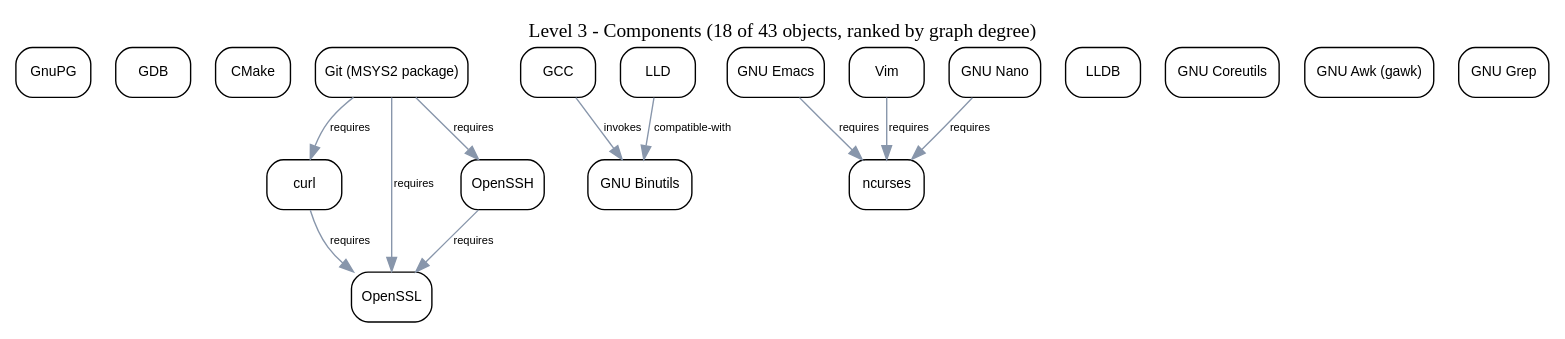
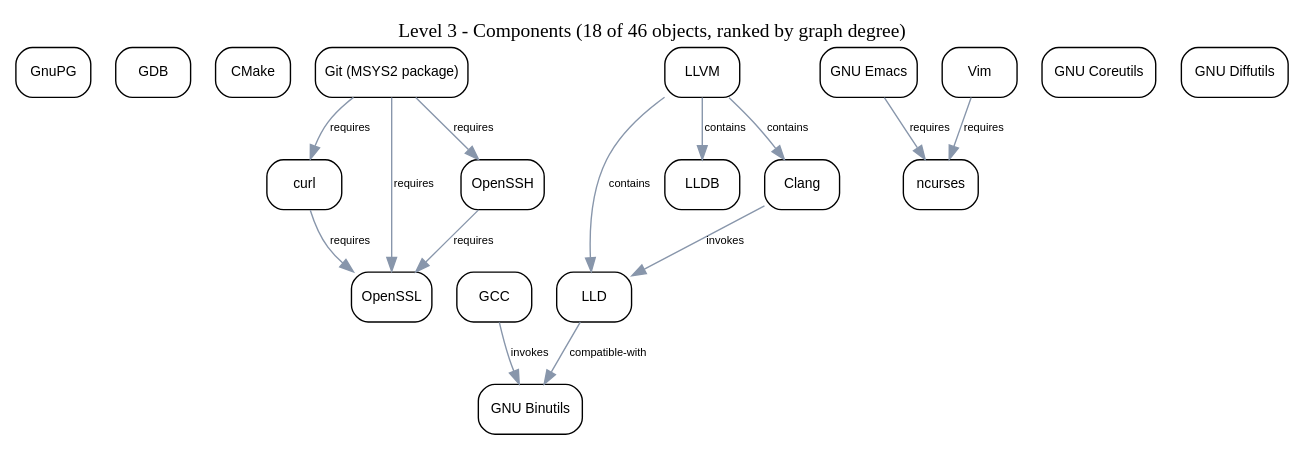
One commit to baileyrd/AKB changed the diagram in diagrams/level-3.dot. Above: the diagram before and after it, drawn with Graphviz. The commit also changed 29 other files, not shown here.

First line of the commit message:
Increment 4: Diffutils, Patch, and the LLVM umbrella

```diff
--- a/diagrams/level-3.dot
+++ b/diagrams/level-3.dot
@@ -1,36 +1,39 @@
 // Generated from the composed model by tools/build_diagrams.py - do not edit by hand.
 digraph level_3 {
   rankdir=TB;
   node [shape=box style=rounded fontname="sans-serif" fontsize=10];
   edge [fontname="sans-serif" fontsize=8 color="#8896ab"];
-  label="Level 3 - Components (18 of 43 objects, ranked by graph degree)";
+  label="Level 3 - Components (18 of 46 objects, ranked by graph degree)";
   labelloc=t;
   n0 [label="GnuPG" tooltip="component:gnupg:gnupg" URL="../generated/explorer/index.html#/object/component%3Agnupg%3Agnupg"];
   n1 [label="GDB" tooltip="component:gnu:gdb" URL="../generated/explorer/index.html#/object/component%3Agnu%3Agdb"];
   n2 [label="CMake" tooltip="component:cmake:cmake" URL="../generated/explorer/index.html#/object/component%3Acmake%3Acmake"];
   n3 [label="curl" tooltip="component:curl:curl" URL="../generated/explorer/index.html#/object/component%3Acurl%3Acurl"];
   n4 [label="GCC" tooltip="component:gnu:gcc" URL="../generated/explorer/index.html#/object/component%3Agnu%3Agcc"];
   n5 [label="OpenSSL" tooltip="component:openssl:openssl" URL="../generated/explorer/index.html#/object/component%3Aopenssl%3Aopenssl"];
   n6 [label="Git (MSYS2 package)" tooltip="component:git:git" URL="../generated/explorer/index.html#/object/component%3Agit%3Agit"];
   n7 [label="GNU Binutils" tooltip="component:gnu:binutils" URL="../generated/explorer/index.html#/object/component%3Agnu%3Abinutils"];
   n8 [label="GNU Emacs" tooltip="component:gnu:emacs" URL="../generated/explorer/index.html#/object/component%3Agnu%3Aemacs"];
   n9 [label="ncurses" tooltip="component:gnu:ncurses" URL="../generated/explorer/index.html#/object/component%3Agnu%3Ancurses"];
-  n10 [label="OpenSSH" tooltip="component:openssh:openssh" URL="../generated/explorer/index.html#/object/component%3Aopenssh%3Aopenssh"];
-  n11 [label="LLD" tooltip="component:llvm:lld" URL="../generated/explorer/index.html#/object/component%3Allvm%3Alld"];
-  n12 [label="LLDB" tooltip="component:llvm:lldb" URL="../generated/explorer/index.html#/object/component%3Allvm%3Alldb"];
+  n10 [label="LLD" tooltip="component:llvm:lld" URL="../generated/explorer/index.html#/object/component%3Allvm%3Alld"];
+  n11 [label="LLDB" tooltip="component:llvm:lldb" URL="../generated/explorer/index.html#/object/component%3Allvm%3Alldb"];
+  n12 [label="OpenSSH" tooltip="component:openssh:openssh" URL="../generated/explorer/index.html#/object/component%3Aopenssh%3Aopenssh"];
   n13 [label="GNU Coreutils" tooltip="component:gnu:coreutils" URL="../generated/explorer/index.html#/object/component%3Agnu%3Acoreutils"];
-  n14 [label="Vim" tooltip="component:vim:vim" URL="../generated/explorer/index.html#/object/component%3Avim%3Avim"];
-  n15 [label="GNU Awk (gawk)" tooltip="component:gnu:gawk" URL="../generated/explorer/index.html#/object/component%3Agnu%3Agawk"];
-  n16 [label="GNU Grep" tooltip="component:gnu:grep" URL="../generated/explorer/index.html#/object/component%3Agnu%3Agrep"];
-  n17 [label="GNU Nano" tooltip="component:gnu:nano" URL="../generated/explorer/index.html#/object/component%3Agnu%3Anano"];
+  n14 [label="Clang" tooltip="component:llvm:clang" URL="../generated/explorer/index.html#/object/component%3Allvm%3Aclang"];
+  n15 [label="LLVM" tooltip="component:llvm:llvm" URL="../generated/explorer/index.html#/object/component%3Allvm%3Allvm"];
+  n16 [label="Vim" tooltip="component:vim:vim" URL="../generated/explorer/index.html#/object/component%3Avim%3Avim"];
+  n17 [label="GNU Diffutils" tooltip="component:gnu:diffutils" URL="../generated/explorer/index.html#/object/component%3Agnu%3Adiffutils"];
   n8 -> n9 [label="requires"];
-  n17 -> n9 [label="requires"];
-  n14 -> n9 [label="requires"];
+  n16 -> n9 [label="requires"];
   n6 -> n3 [label="requires"];
-  n6 -> n10 [label="requires"];
+  n6 -> n12 [label="requires"];
   n6 -> n5 [label="requires"];
   n3 -> n5 [label="requires"];
-  n10 -> n5 [label="requires"];
+  n12 -> n5 [label="requires"];
   n4 -> n7 [label="invokes"];
-  n11 -> n7 [label="compatible-with"];
+  n14 -> n10 [label="invokes"];
+  n10 -> n7 [label="compatible-with"];
+  n15 -> n14 [label="contains"];
+  n15 -> n10 [label="contains"];
+  n15 -> n11 [label="contains"];
 }
```
